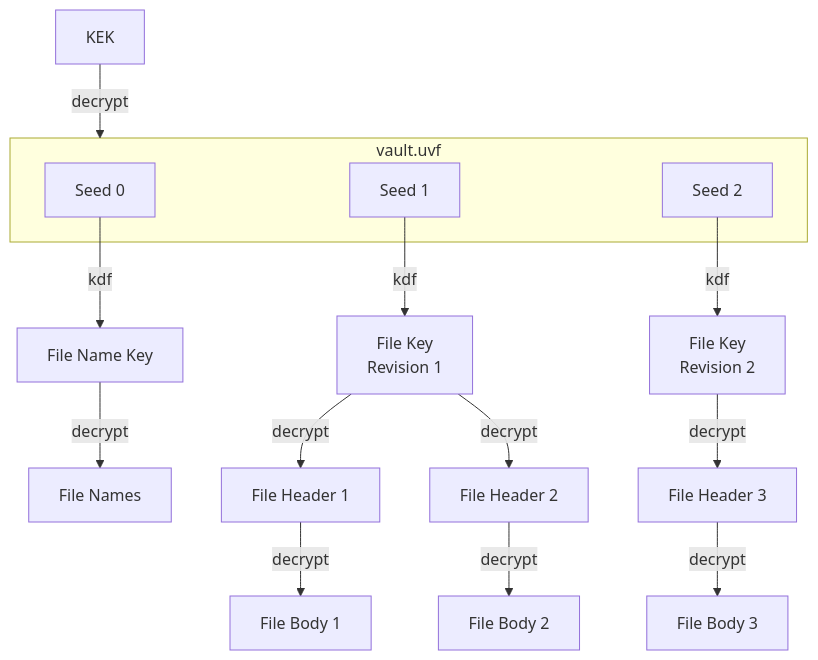
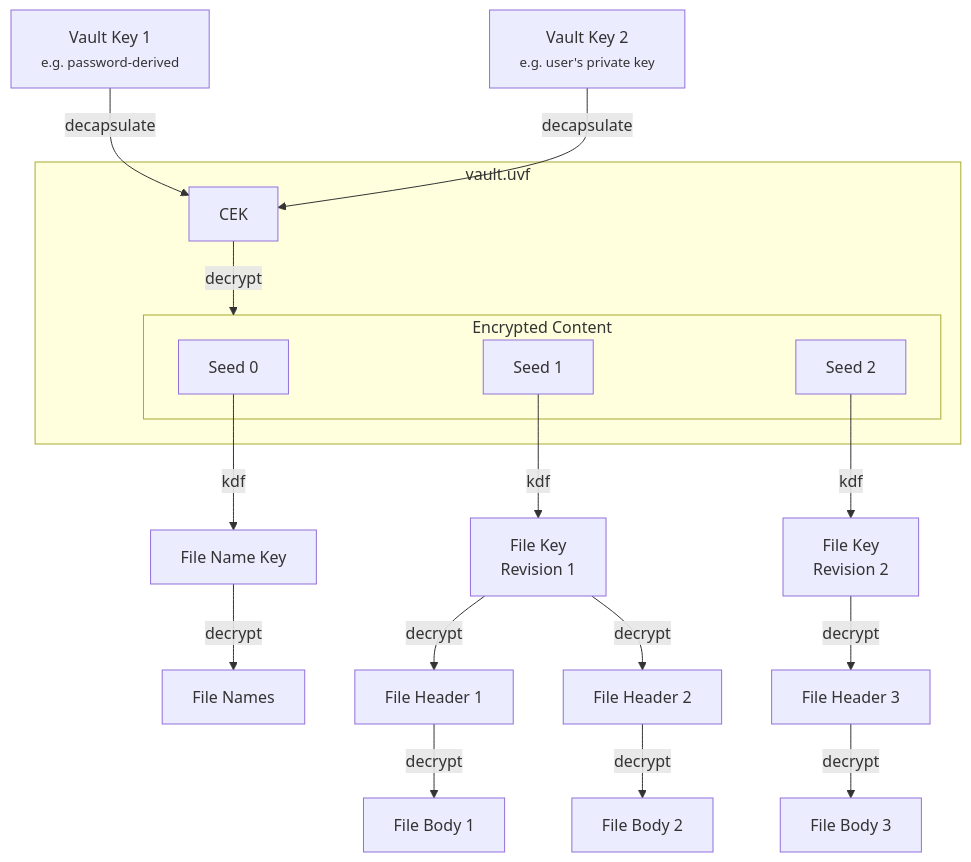
One commit to encryption-alliance/unified-vault-format changed the diagram in vault metadata/README.md. Above: the diagram before and after it, drawn with Mermaid. The commit also changed other lines of this file, not shown here.

First line of the commit message:
switch to JWE JSON serialization

````diff
--- a/vault metadata/README.md
+++ b/vault metadata/README.md
@@ -10,23 +10,27 @@
 ```mermaid
 flowchart TB
     subgraph JWE [vault.uvf]
-        s0[Seed 0]
-        s1[Seed 1]
-        s2[Seed 2]
+        subgraph Payload [Encrypted Content]
+            s0[Seed 0]
+            s1[Seed 1]
+            s2[Seed 2]
+        end
+        CEK -->|decrypt| Payload
     end
-    KEK -->|decrypt| JWE
+    vk1[Vault Key 1<br><small>e.g. password-derived</small>] -->|decapsulate| CEK
+    vk2[Vault Key 2<br><small>e.g. user's private key</small>] -->|decapsulate| CEK
 
     s0 -->|kdf| k0[File Name Key]
     s1 -->|kdf| k1[File Key\n Revision 1]
     s2 -->|kdf| k2[File Key\n Revision 2]
 
     k0 -->|decrypt| n[File Names]
 
     k1 -->|decrypt| h1[File Header 1]
     k1 -->|decrypt| h2[File Header 2]
     k2 -->|decrypt| h3[File Header 3]
 
     h1 -->|decrypt| b1[File Body 1]
     h2 -->|decrypt| b2[File Body 2]
     h3 -->|decrypt| b3[File Body 3]
 ```
````
